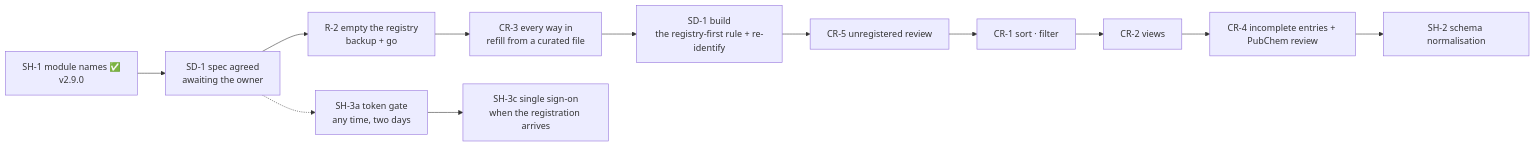
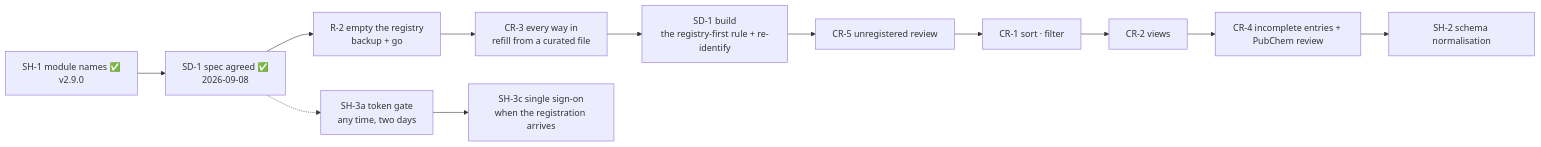
One commit to akannan2987/nr-nips-crucible changed the diagram in docs/05-roadmap.md. Above: the diagram before and after it, drawn with Mermaid. The commit also changed other lines of this file and 10 other files, not shown here.

````diff
--- a/docs/05-roadmap.md
+++ b/docs/05-roadmap.md
@@ -195,12 +195,12 @@
 ```mermaid
 flowchart LR
-    SH1["SH-1 module names ✅<br/>v2.9.0"] --> SD1s["SD-1 spec agreed<br/>awaiting the owner"]
+    SH1["SH-1 module names ✅<br/>v2.9.0"] --> SD1s["SD-1 spec agreed ✅<br/>2026-09-08"]
     SD1s --> R2["R-2 empty the registry<br/>backup + go"]
     R2 --> CR3["CR-3 every way in<br/>refill from a curated file"]
     CR3 --> SD1["SD-1 build<br/>the registry-first rule + re-identify"]
     SD1 --> CR5["CR-5 unregistered review"]
     CR5 --> CR1["CR-1 sort · filter"] --> CR2["CR-2 views"]
     CR2 --> CR4["CR-4 incomplete entries + PubChem review"]
     CR4 --> SH2["SH-2 schema normalisation"]
     SD1s -.-> SH3a["SH-3a token gate<br/>any time, two days"] --> SH3c["SH-3c single sign-on<br/>when the registration arrives"]
 ```
````
